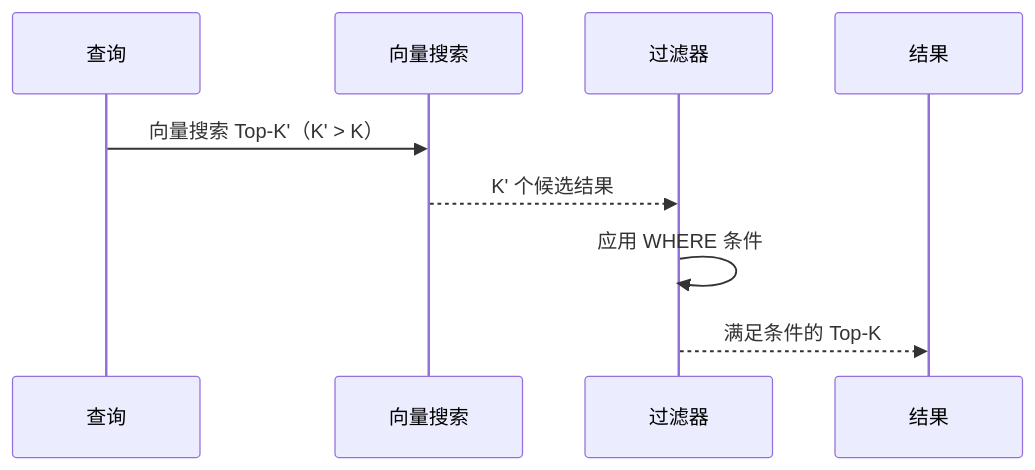
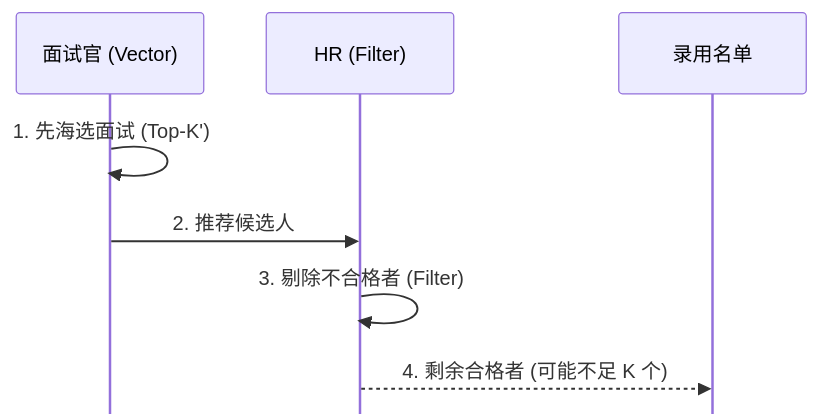
Before and after one commit to ThreeFish-AI/agentic-ai-cognizes: diagram 30 of 38 in docs/research/003-vector-search-algorithm.md, drawn with Mermaid. The commit also changed other lines of this file, not shown here.

````diff
--- a/docs/research/003-vector-search-algorithm.md
+++ b/docs/research/003-vector-search-algorithm.md
@@ -2139,12 +2145,12 @@
 ```mermaid
 sequenceDiagram
-    participant Q as 查询
-    participant VS as 向量搜索
-    participant F as 过滤器
-    participant R as 结果
+    %%{init: {'sequence': {'mirrorActors': false}}}%%
+    participant Q as 面试官 (Vector)
+    participant F as HR (Filter)
+    participant R as 录用名单
 
-    Q->>VS: 向量搜索 Top-K'（K' > K）
-    VS-->>F: K' 个候选结果
-    F->>F: 应用 WHERE 条件
-    F-->>R: 满足条件的 Top-K
+    Q->>Q: 1. 先海选面试 (Top-K')
+    Q->>F: 2. 推荐候选人
+    F->>F: 3. 剔除不合格者 (Filter)
+    F-->>R: 4. 剩余合格者 (可能不足 K 个)
 ```
````
